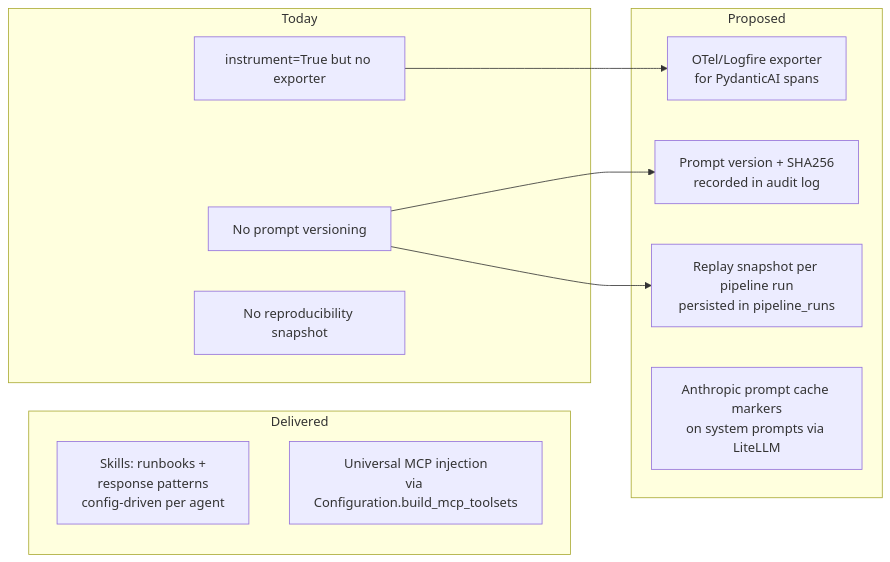
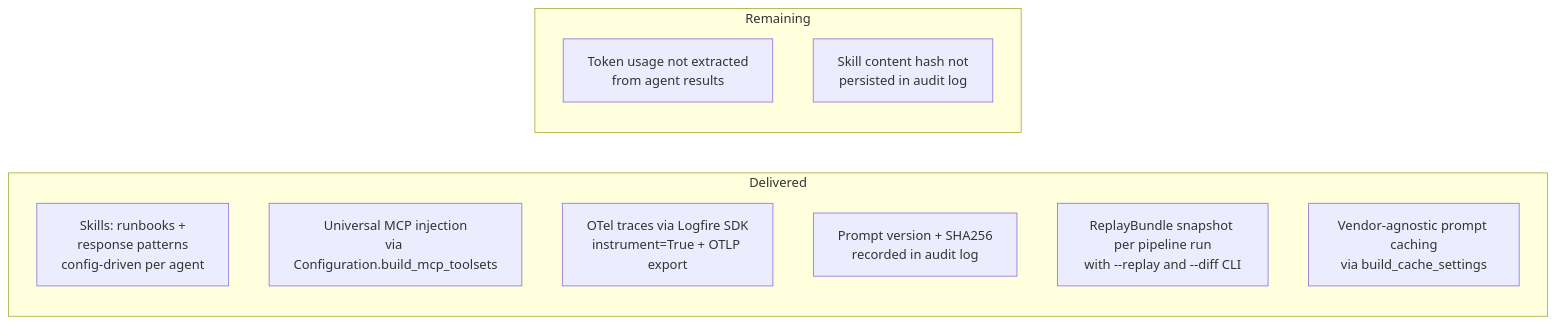
Before and after one commit to offtian/sentinel: the diagram in docs/architecture.md, drawn with Mermaid. The commit also changed other lines of this file and 2 other files, not shown here.

Commit message:
docs: update PRD, architecture, and CLAUDE.md to reflect current state
- Remove completed gaps (OTel traces exporter, prompt versioning, prompt
  caching, MCP injection, skill selection) from remaining gaps table
- Add newly identified gaps (token usage recording, skill hash in audit log)
- Update test count from 555+/569+ to 695+
- Fix architecture mermaid diagram: move delivered features out of Proposed
- Update pipeline completion estimates (SRE ~98%, Support ~85%)
- Fix stale "Phase C planned" reference for MCP (already shipped)
- Update ExecutionTracer docs with ReplayBundle and prompt metadata

````diff
--- a/docs/architecture.md
+++ b/docs/architecture.md
@@ -175,21 +175,15 @@
 ```mermaid
 flowchart LR
     subgraph Delivered
       B1[Skills: runbooks +<br/>response patterns<br/>config-driven per agent]
       B2[Universal MCP injection<br/>via Configuration.build_mcp_toolsets]
+      B3[OTel traces via Logfire SDK<br/>instrument=True + OTLP export]
+      B4[Prompt version + SHA256<br/>recorded in audit log]
+      B5[ReplayBundle snapshot per pipeline run<br/>with --replay and --diff CLI]
+      B6[Vendor-agnostic prompt caching<br/>via build_cache_settings]
     end
-    subgraph Today
-      A3[instrument=True but no exporter]
-      A4[No prompt versioning]
-      A5[No reproducibility snapshot]
+    subgraph Remaining
+      A1[Token usage not extracted<br/>from agent results]
+      A2[Skill content hash not<br/>persisted in audit log]
     end
-    subgraph Proposed
-      B3[OTel/Logfire exporter<br/>for PydanticAI spans]
-      B4[Prompt version + SHA256<br/>recorded in audit log]
-      B5[Replay snapshot per pipeline run<br/>persisted in pipeline_runs]
-      B6[Anthropic prompt cache markers<br/>on system prompts via LiteLLM]
-    end
-    A3 --> B3
-    A4 --> B4
-    A4 --> B5
 ```
````
